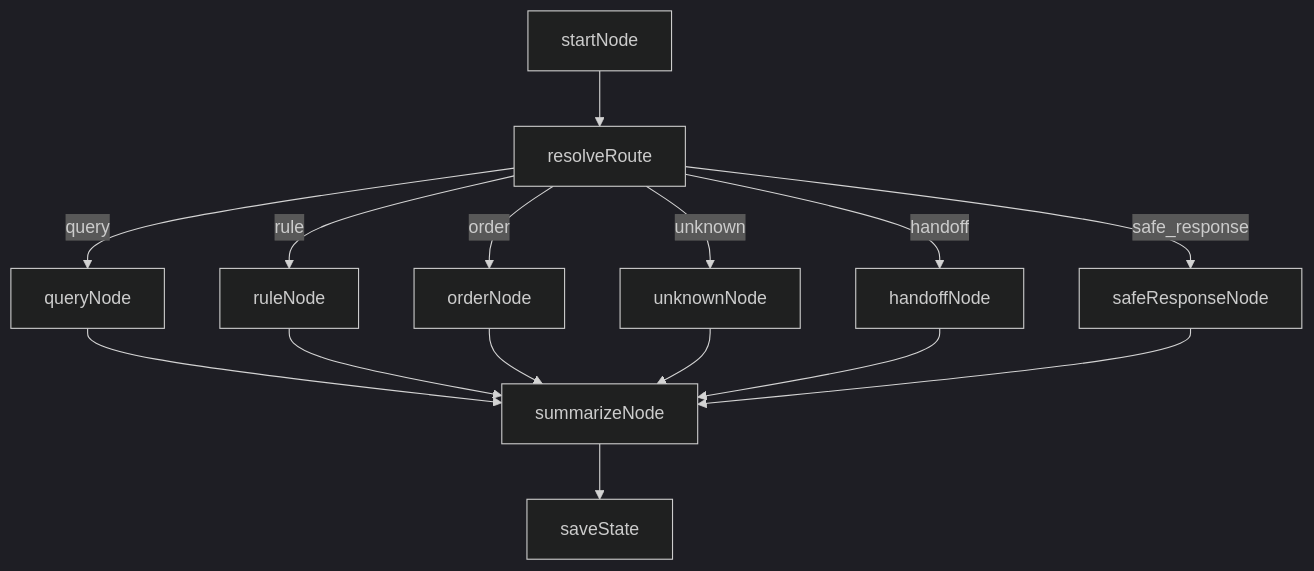
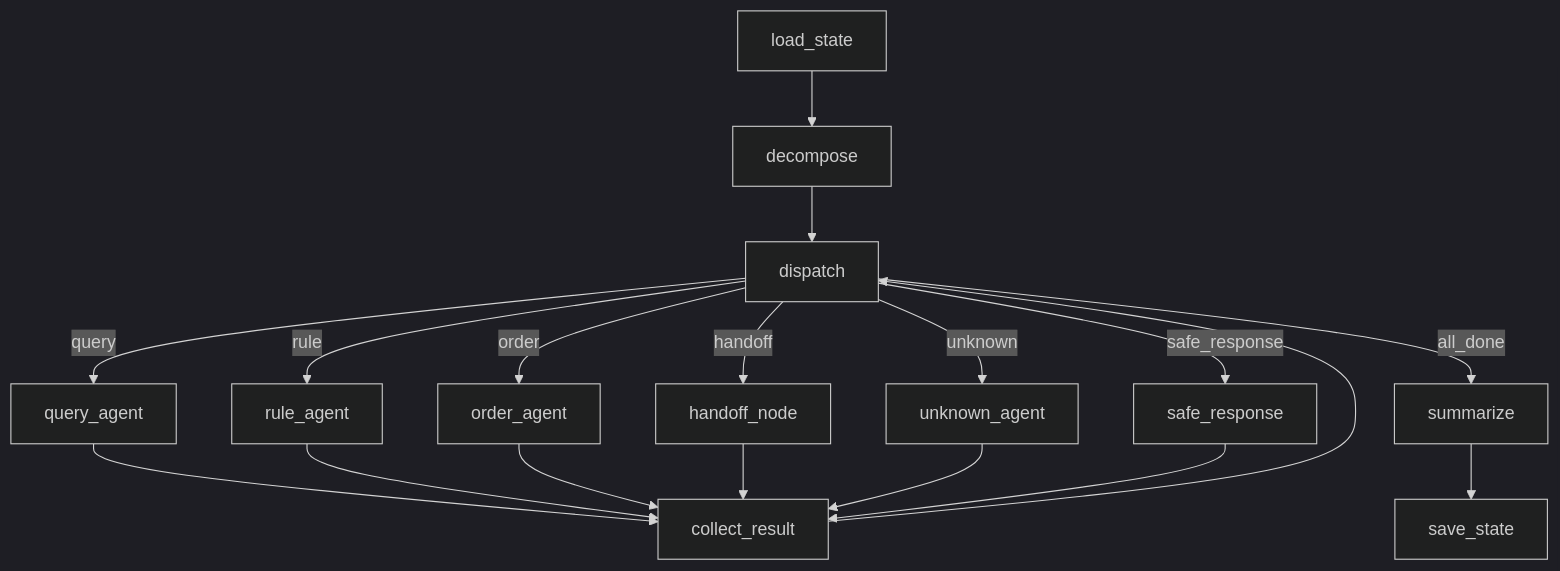
The diagram in backend/status.md (kkkskty/Agents), drawn with Mermaid (dark theme) before and after one commit. The commit also changed other lines of this file and 1 other file, not shown here.

````diff
--- a/backend/status.md
+++ b/backend/status.md
@@ -99,17 +119,20 @@
 ```mermaid
 flowchart TD
-    startNode[startNode] --> resolveRoute[resolveRoute]
-    resolveRoute -->|query| queryNode[queryNode]
-    resolveRoute -->|rule| ruleNode[ruleNode]
-    resolveRoute -->|order| orderNode[orderNode]
-    resolveRoute -->|unknown| unknownNode[unknownNode]
-    resolveRoute -->|handoff| handoffNode[handoffNode]
-    resolveRoute -->|safe_response| safeNode[safeResponseNode]
-    queryNode --> summarizeNode[summarizeNode]
-    ruleNode --> summarizeNode
-    orderNode --> summarizeNode
-    unknownNode --> summarizeNode
-    handoffNode --> summarizeNode
-    safeNode --> summarizeNode
-    summarizeNode --> saveState[saveState]
+    load[load_state] --> decompose[decompose]
+    decompose --> dispatch[dispatch]
+    dispatch -->|query| query[query_agent]
+    dispatch -->|rule| rule[rule_agent]
+    dispatch -->|order| order[order_agent]
+    dispatch -->|handoff| handoff[handoff_node]
+    dispatch -->|unknown| unknown[unknown_agent]
+    dispatch -->|safe_response| safe[safe_response]
+    dispatch -->|all_done| summarize[summarize]
+    query --> collect[collect_result]
+    rule --> collect
+    order --> collect
+    handoff --> collect
+    unknown --> collect
+    safe --> collect
+    collect --> dispatch
+    summarize --> save[save_state]
 ```
````
